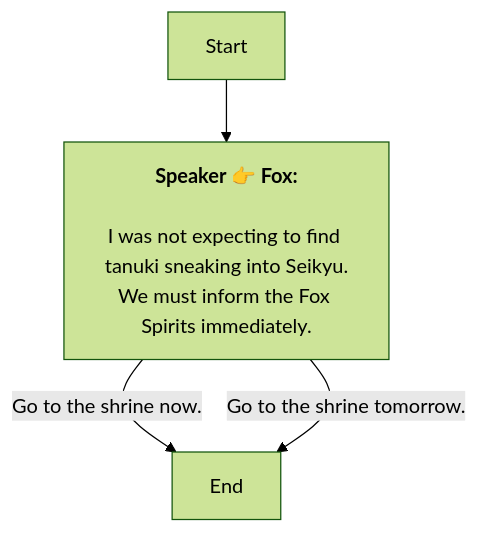
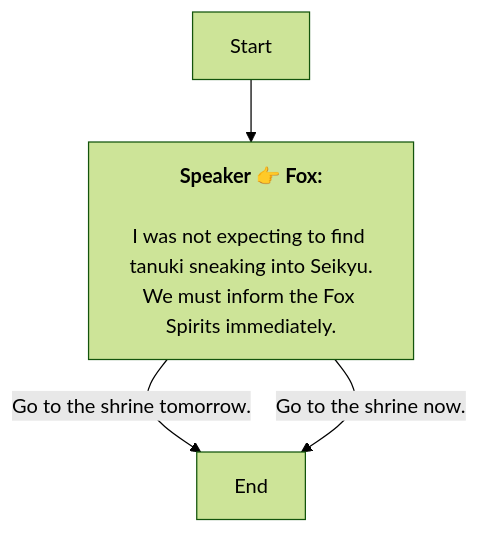
Before and after one commit to SoftHu/tos_avg: the diagram in En/QuestStartTalkENode_1761909448383730.md, drawn with Mermaid (forest theme). The commit also changed other lines of this file and 780 other files, not shown here.

````diff
--- a/En/QuestStartTalkENode_1761909448383730.md
+++ b/En/QuestStartTalkENode_1761909448383730.md
@@ -1,9 +1,9 @@
 ```mermaid
 graph
 Start -->1761910188962040[<b>Speaker 👉 Fox:</b>
 \nI was not expecting to find tanuki sneaking into Seikyu.
 We must inform the Fox Spirits immediately.]
+1761910188962040 -->|Go to the shrine tomorrow.|1761910593586431[End]
 1761910188962040 -->|Go to the shrine now.|1761910593586431[End]
-1761910188962040 -->|Go to the shrine tomorrow.|1761910593586431[End]
 
 ```
````
